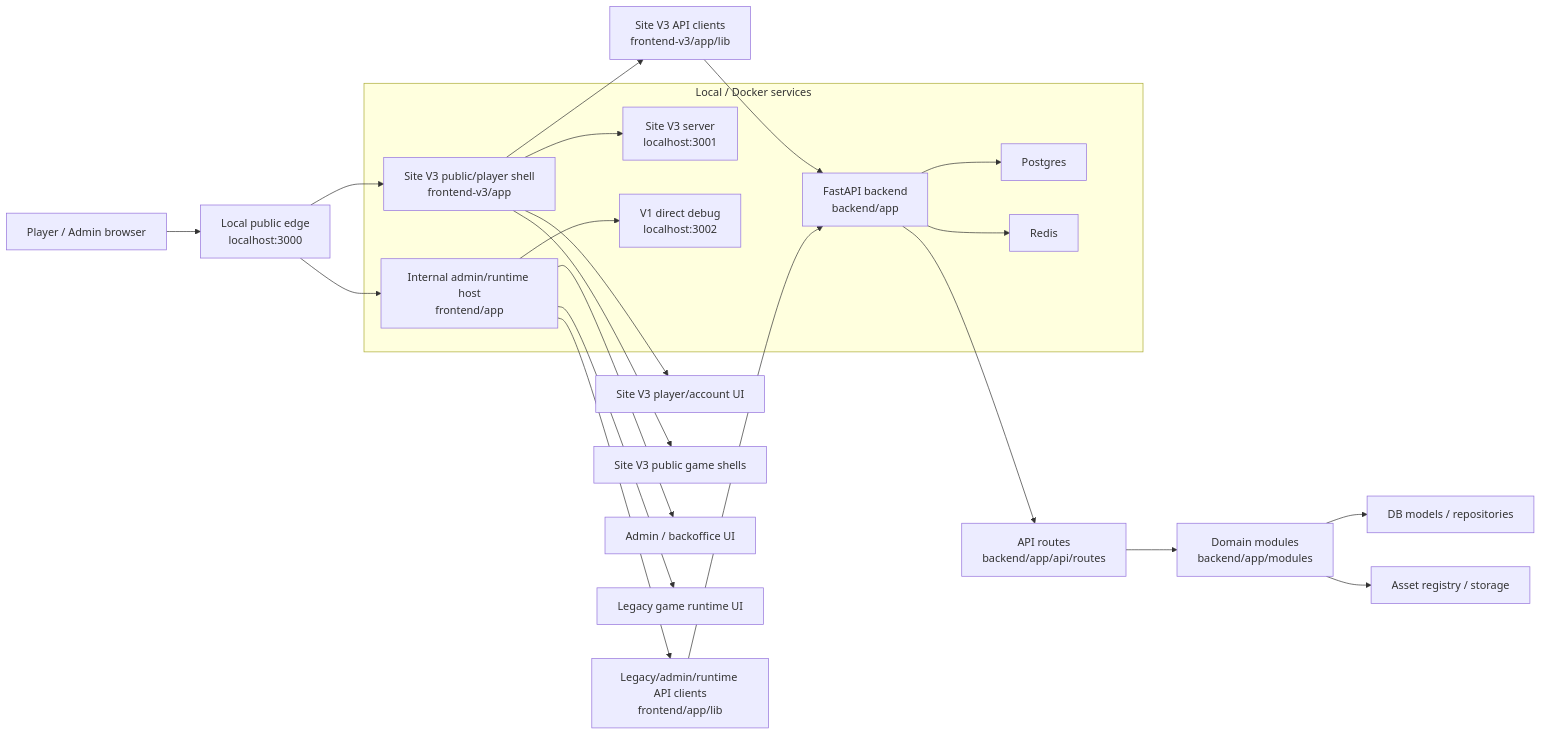
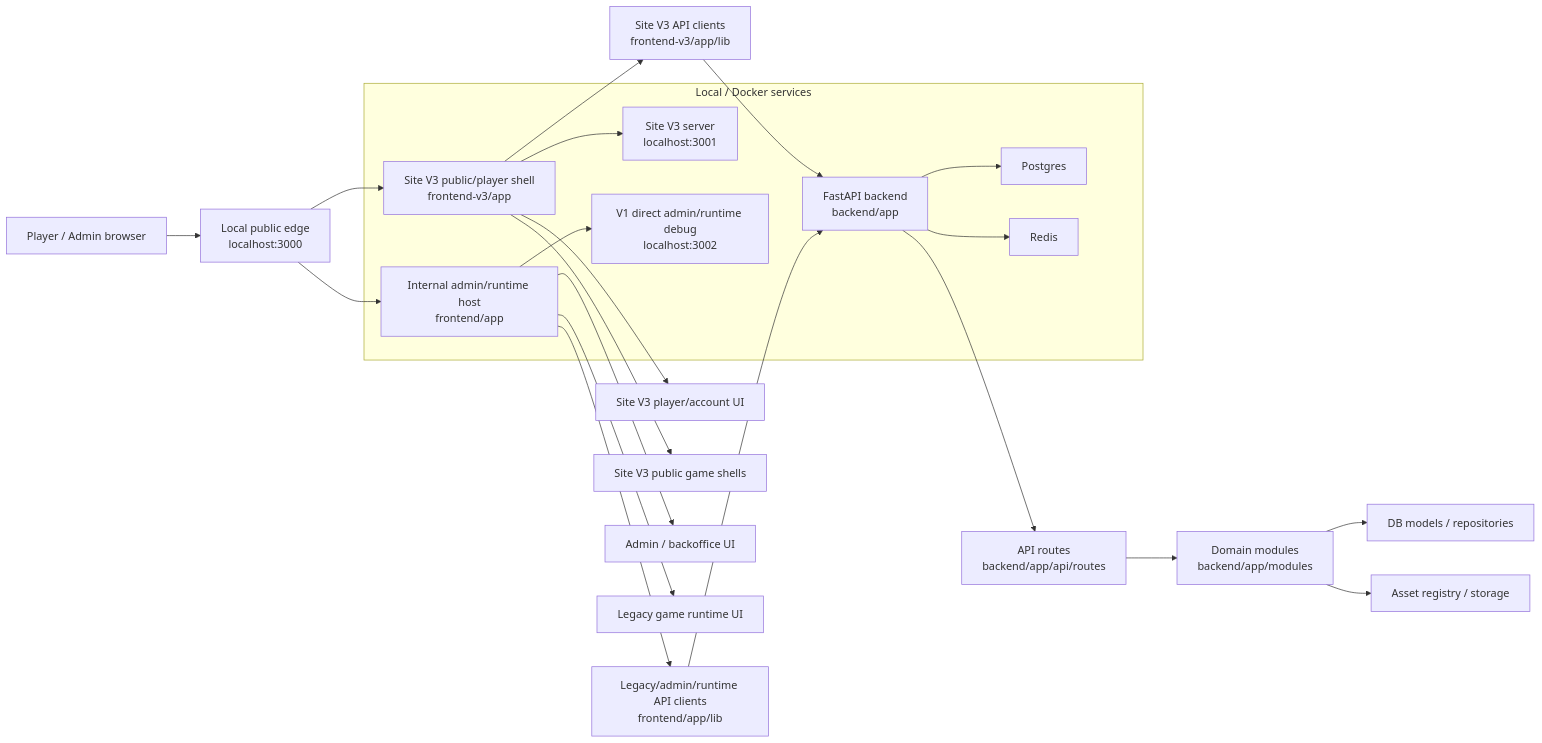
The first of 11 diagrams in docs/CODE_ARCHITECTURE_MERMAID_MAP_2026-05-22.md (moromike/casinoking-platform), drawn with Mermaid before and after one commit. The commit also changed other lines of this file and 16 other files, not shown here.

````diff
--- a/docs/CODE_ARCHITECTURE_MERMAID_MAP_2026-05-22.md
+++ b/docs/CODE_ARCHITECTURE_MERMAID_MAP_2026-05-22.md
@@ -25,27 +25,27 @@
 ```mermaid
 flowchart LR
   User["Player / Admin browser"] --> Edge["Local public edge<br/>localhost:3000"]
   Edge --> FEv3["Site V3 public/player shell<br/>frontend-v3/app"]
   Edge --> FEv1["Internal admin/runtime host<br/>frontend/app"]
   FEv3 --> APIClientV3["Site V3 API clients<br/>frontend-v3/app/lib"]
   FEv1 --> APIClientV1["Legacy/admin/runtime API clients<br/>frontend/app/lib"]
   APIClientV3 --> BE["FastAPI backend<br/>backend/app"]
   APIClientV1 --> BE
 
   subgraph Docker["Local / Docker services"]
     BE --> PG["Postgres"]
     BE --> Redis["Redis"]
     FEv3 --> NextV3["Site V3 server<br/>localhost:3001"]
-    FEv1 --> NextV1["V1 direct debug<br/>localhost:3002"]
+    FEv1 --> NextV1["V1 direct admin/runtime debug<br/>localhost:3002"]
   end
 
   BE --> Routes["API routes<br/>backend/app/api/routes"]
   Routes --> Modules["Domain modules<br/>backend/app/modules"]
   Modules --> DB["DB models / repositories"]
   Modules --> Assets["Asset registry / storage"]
 
   FEv3 --> PlayerUI["Site V3 player/account UI"]
   FEv3 --> GameShellUI["Site V3 public game shells"]
   FEv1 --> AdminUI["Admin / backoffice UI"]
   FEv1 --> RuntimeUI["Legacy game runtime UI"]
 ```
````
